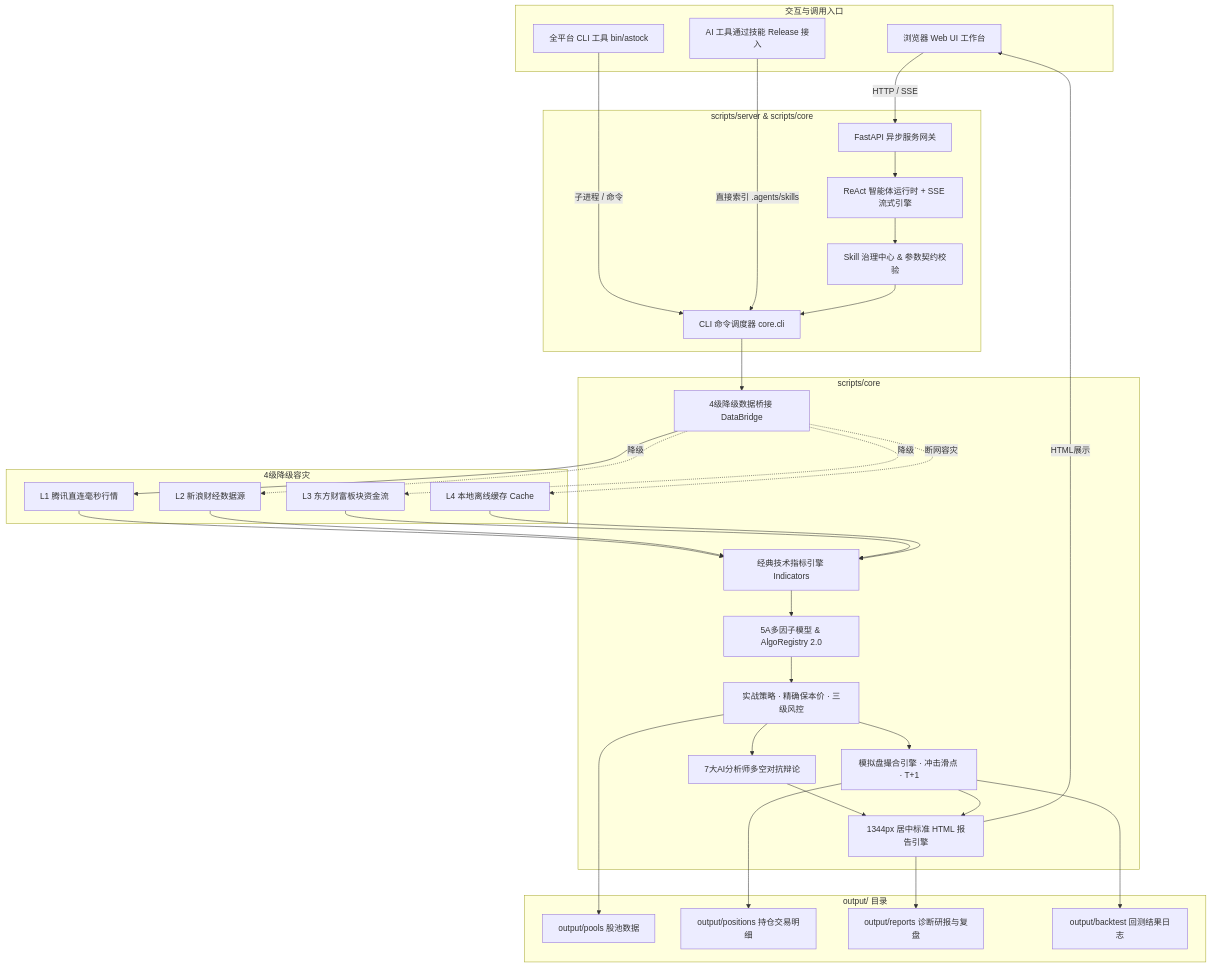
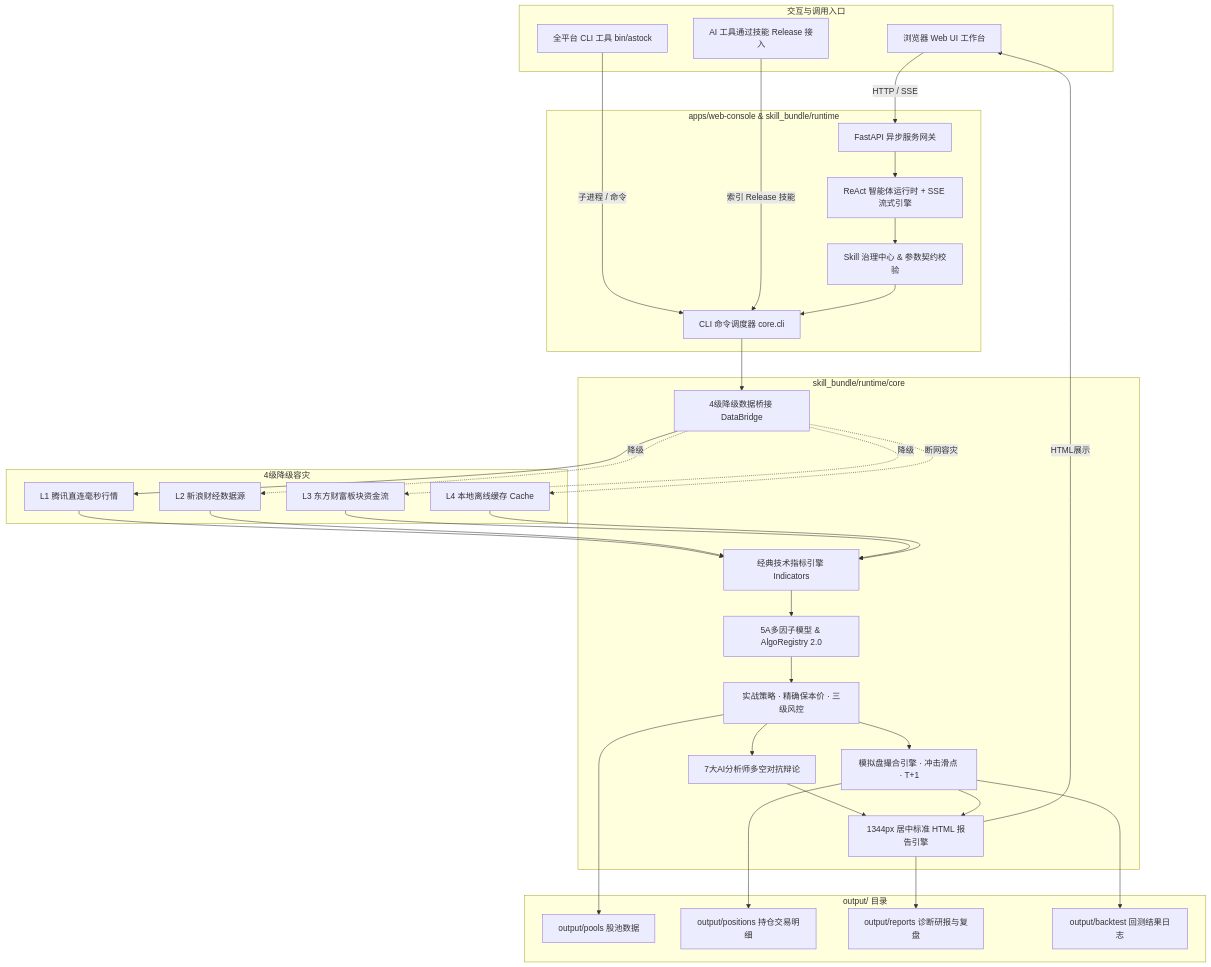
One commit to cvdnn/a_stock_agents changed the third of 3 diagrams in docs/index.md. Above: the diagram before and after it, drawn with Mermaid. The commit also changed other lines of this file and 13 other files, not shown here.

````diff
--- a/docs/index.md
+++ b/docs/index.md
@@ -385,65 +393,65 @@
 ```mermaid
 flowchart TD
   subgraph 入口层 [交互与调用入口]
     U1[浏览器 Web UI 工作台]
     U2[全平台 CLI 工具 bin/astock]
     U3[AI 工具通过技能 Release 接入]
   end
 
-  subgraph 服务与网关 [scripts/server & scripts/core]
+  subgraph 服务与网关 [apps/web-console & skill_bundle/runtime]
     S1[FastAPI 异步服务网关]
     S2[ReAct 智能体运行时 + SSE 流式引擎]
     S3[CLI 命令调度器 core.cli]
     S4[Skill 治理中心 & 参数契约校验]
   end
 
-  subgraph 核心量化引擎 [scripts/core]
+  subgraph 核心量化引擎 [skill_bundle/runtime/core]
     D[4级降级数据桥接 DataBridge]
     I[经典技术指标引擎 Indicators]
     M[5A多因子模型 & AlgoRegistry 2.0]
     ST[实战策略 · 精确保本价 · 三级风控]
     MA[7大AI分析师多空对抗辩论]
     PT[模拟盘撮合引擎 · 冲击滑点 · T+1]
     R[1344px 居中标准 HTML 报告引擎]
   end
 
   subgraph 数据源层 [4级降级容灾]
     L1[L1 腾讯直连毫秒行情]
     L2[L2 新浪财经数据源]
     L3[L3 东方财富板块资金流]
     L4[L4 本地离线缓存 Cache]
   end
 
   subgraph 用户专属隔离区 [output/ 目录]
     O1[output/pools 股池数据]
     O2[output/positions 持仓交易明细]
     O3[output/reports 诊断研报与复盘]
     O4[output/backtest 回测结果日志]
   end
 
   U1 -->|HTTP / SSE| S1
   S1 --> S2
   S2 --> S4
   U2 -->|子进程 / 命令| S3
-  U3 -->|直接索引 .agents/skills| S3
+  U3 -->|索引 Release 技能| S3
   S4 --> S3
 
   S3 --> D
   D --> L1
   D -.->|降级| L2
   D -.->|降级| L3
   D -.->|断网容灾| L4
 
   L1 & L2 & L3 & L4 --> I
   I --> M
   M --> ST
   ST --> MA
   ST --> PT
   MA & PT --> R
 
   ST --> O1
   PT --> O2
   R --> O3
   PT --> O4
   R -->|HTML展示| U1
 ```
````
